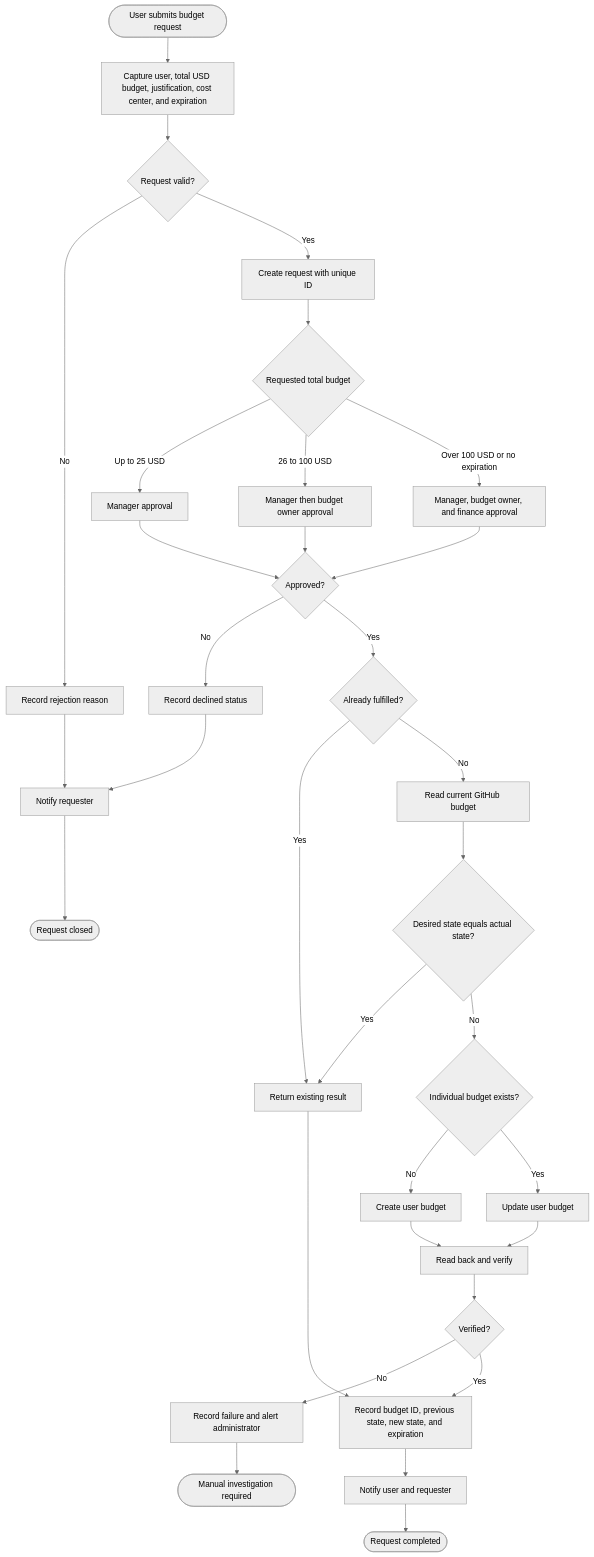
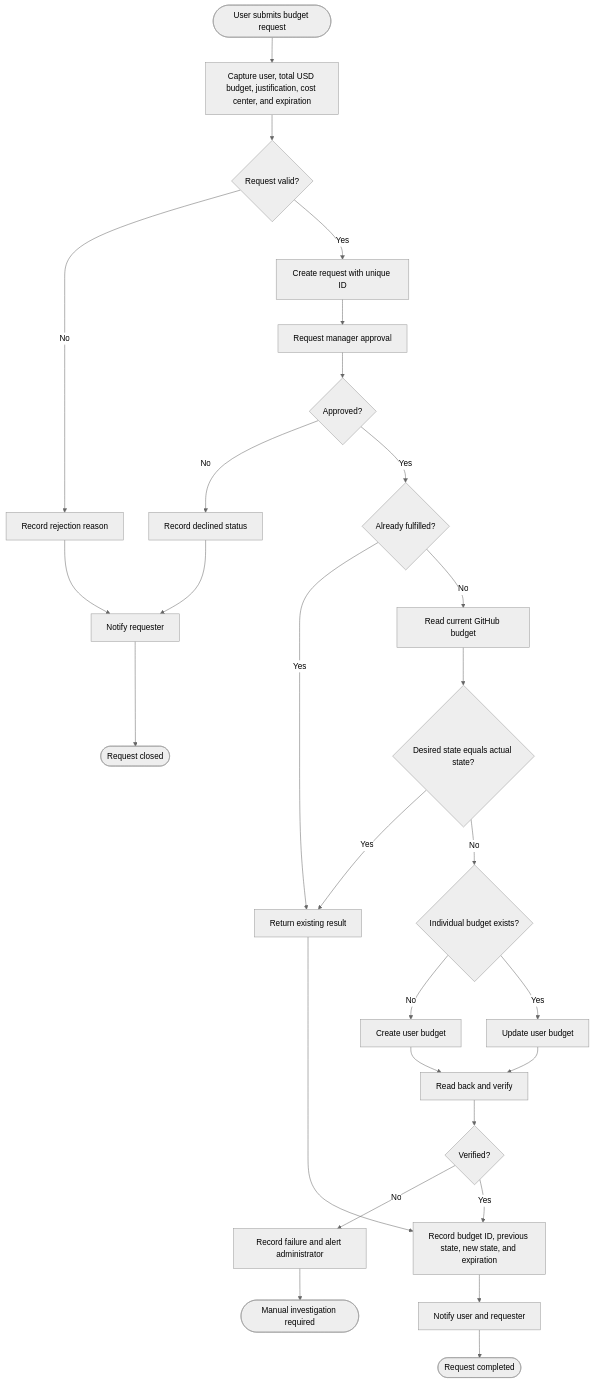
Before and after one commit to shwetabodhankar/AutomateGHCPBudgets: the second of 3 diagrams in AI-credit-budget-architecture.md, drawn with Mermaid (neutral theme). The commit also changed other lines of this file, not shown here.

Commit message:
Refine approval flow terminology and clarify budget request process

````diff
--- a/AI-credit-budget-architecture.md
+++ b/AI-credit-budget-architecture.md
@@ -77,46 +77,39 @@
 ```mermaid
 flowchart TD
     Start([User submits budget request]) --> Capture[Capture user, total USD budget, justification, cost center, and expiration]
     Capture --> Validate{Request valid?}
 
     Validate -->|No| Reject[Record rejection reason]
     Reject --> NotifyReject[Notify requester]
     NotifyReject --> StopReject([Request closed])
 
     Validate -->|Yes| Save[Create request with unique ID]
-    Save --> Tier{Requested total budget}
-
-    Tier -->|Up to 25 USD| Manager[Manager approval]
-    Tier -->|26 to 100 USD| ManagerOwner[Manager then budget owner approval]
-    Tier -->|Over 100 USD or no expiration| Extended[Manager, budget owner, and finance approval]
-
-    Manager --> Decision{Approved?}
-    ManagerOwner --> Decision
-    Extended --> Decision
+    Save --> ManagerApproval[Request manager approval]
+    ManagerApproval --> Decision{Approved?}
 
     Decision -->|No| Declined[Record declined status]
     Declined --> NotifyReject
 
     Decision -->|Yes| Duplicate{Already fulfilled?}
     Duplicate -->|Yes| NoChange[Return existing result]
     Duplicate -->|No| ReadCurrent[Read current GitHub budget]
 
     ReadCurrent --> Compare{Desired state equals actual state?}
     Compare -->|Yes| NoChange
     Compare -->|No| Operation{Individual budget exists?}
 
     Operation -->|No| Create[Create user budget]
     Operation -->|Yes| Update[Update user budget]
 
     Create --> Verify[Read back and verify]
     Update --> Verify
 
     Verify --> Success{Verified?}
     Success -->|No| Failure[Record failure and alert administrator]
     Success -->|Yes| Complete[Record budget ID, previous state, new state, and expiration]
 
     NoChange --> Complete
     Complete --> NotifySuccess[Notify user and requester]
     NotifySuccess --> EndSuccess([Request completed])
     Failure --> EndFailure([Manual investigation required])
 ```
````
